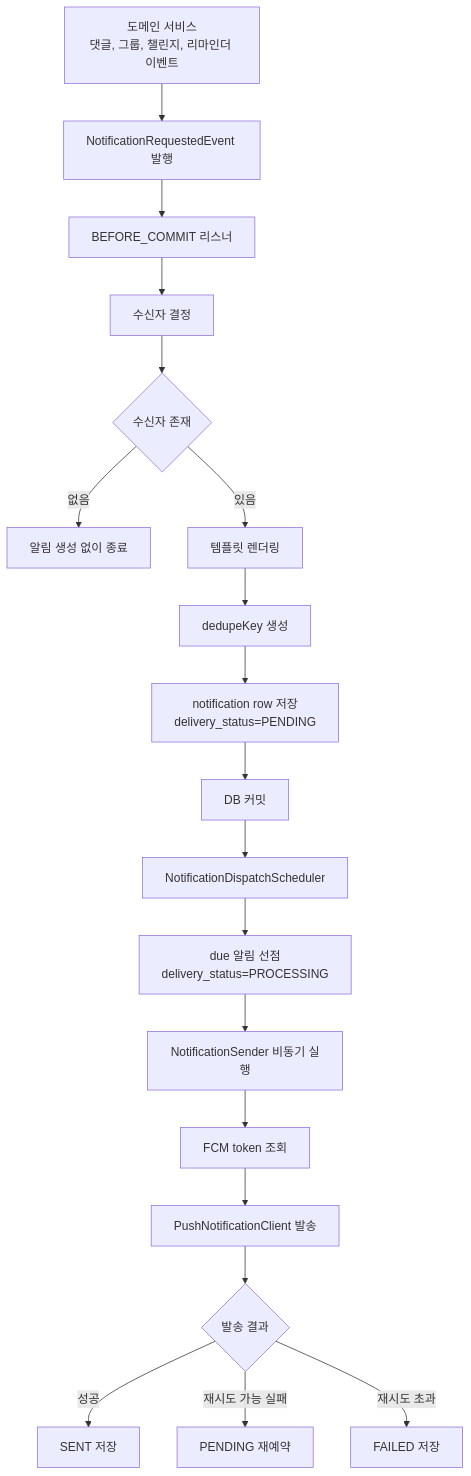
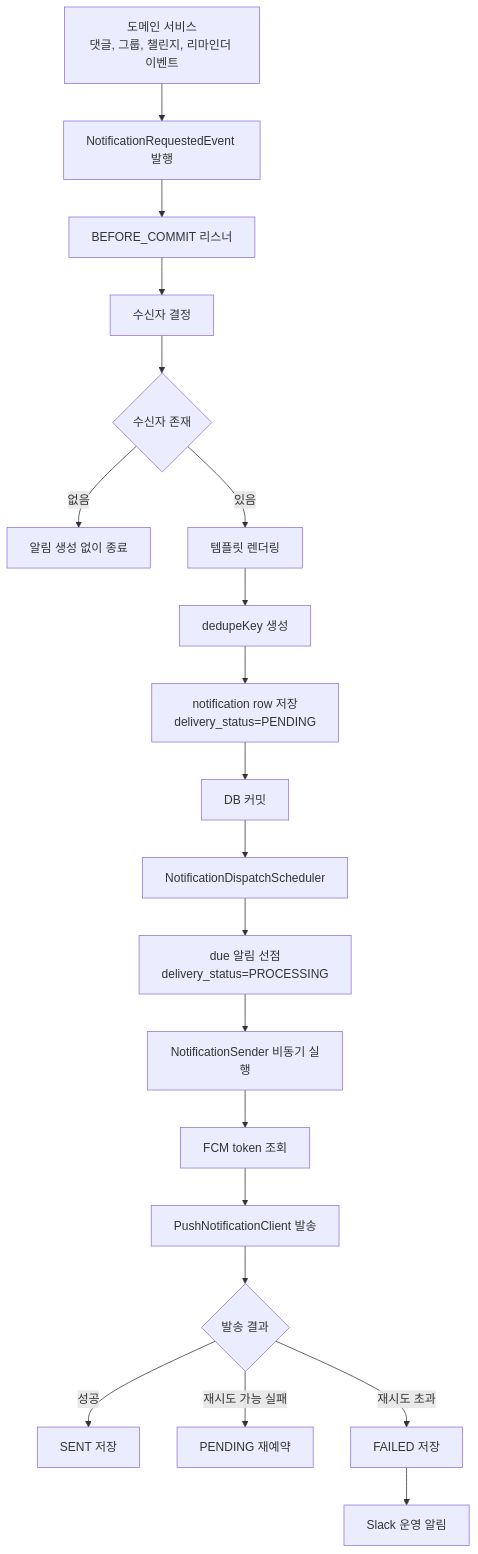
The first of 2 diagrams in docs/lld/LLD-0019-notification-dispatch-outbox.md (Central-MakeUs/mody-server), drawn with Mermaid before and after one commit. The commit also changed other lines of this file and 15 other files, not shown here.

````diff
--- a/docs/lld/LLD-0019-notification-dispatch-outbox.md
+++ b/docs/lld/LLD-0019-notification-dispatch-outbox.md
@@ -54,21 +56,22 @@
 ```mermaid
 flowchart TD
     A["도메인 서비스<br/>댓글, 그룹, 챌린지, 리마인더 이벤트"] --> B["NotificationRequestedEvent 발행"]
     B --> C["BEFORE_COMMIT 리스너"]
     C --> D["수신자 결정"]
     D --> E{"수신자 존재"}
     E -- "없음" --> F["알림 생성 없이 종료"]
     E -- "있음" --> G["템플릿 렌더링"]
     G --> H["dedupeKey 생성"]
     H --> I["notification row 저장<br/>delivery_status=PENDING"]
     I --> J["DB 커밋"]
     J --> K["NotificationDispatchScheduler"]
     K --> L["due 알림 선점<br/>delivery_status=PROCESSING"]
     L --> M["NotificationSender 비동기 실행"]
     M --> N["FCM token 조회"]
     N --> O["PushNotificationClient 발송"]
     O --> P{"발송 결과"}
     P -- "성공" --> Q["SENT 저장"]
     P -- "재시도 가능 실패" --> R["PENDING 재예약"]
     P -- "재시도 초과" --> S["FAILED 저장"]
+    S --> T["Slack 운영 알림"]
 ```
````
